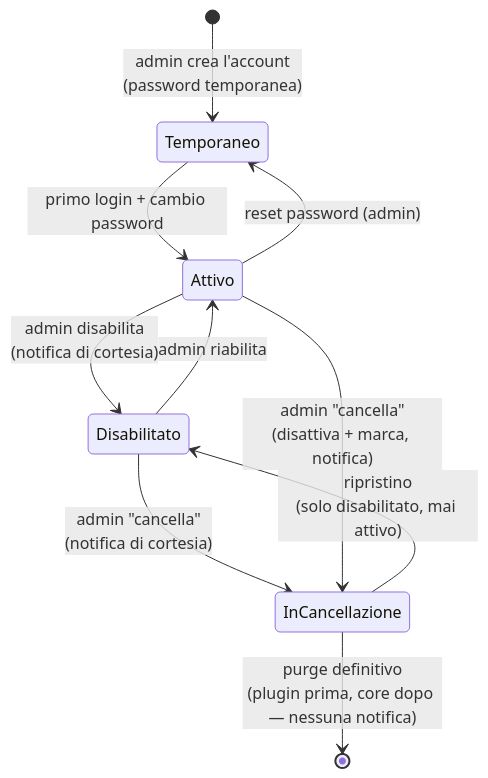
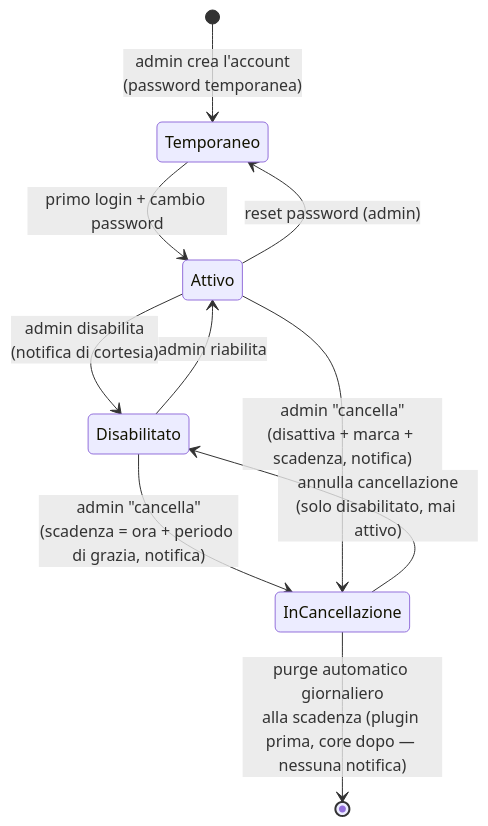
One commit to caporalesimone/watch-em-all changed the diagram in docs/3-features/admin/user-management.md. Above: the diagram before and after it, drawn with Mermaid. The commit also changed other lines of this file and 28 other files, not shown here.

````diff
--- a/docs/3-features/admin/user-management.md
+++ b/docs/3-features/admin/user-management.md
@@ -23,12 +27,12 @@
 ```mermaid
 stateDiagram-v2
     [*] --> Temporaneo: admin crea l'account<br/>(password temporanea)
     Temporaneo --> Attivo: primo login + cambio password
     Attivo --> Temporaneo: reset password (admin)
     Attivo --> Disabilitato: admin disabilita<br/>(notifica di cortesia)
     Disabilitato --> Attivo: admin riabilita
-    Disabilitato --> InCancellazione: admin "cancella"<br/>(notifica di cortesia)
-    Attivo --> InCancellazione: admin "cancella"<br/>(disattiva + marca, notifica)
-    InCancellazione --> Disabilitato: ripristino<br/>(solo disabilitato, mai attivo)
-    InCancellazione --> [*]: purge definitivo<br/>(plugin prima, core dopo — nessuna notifica)
+    Disabilitato --> InCancellazione: admin "cancella"<br/>(scadenza = ora + periodo di grazia, notifica)
+    Attivo --> InCancellazione: admin "cancella"<br/>(disattiva + marca + scadenza, notifica)
+    InCancellazione --> Disabilitato: annulla cancellazione<br/>(solo disabilitato, mai attivo)
+    InCancellazione --> [*]: purge automatico giornaliero<br/>alla scadenza (plugin prima, core dopo — nessuna notifica)
 ```
````
